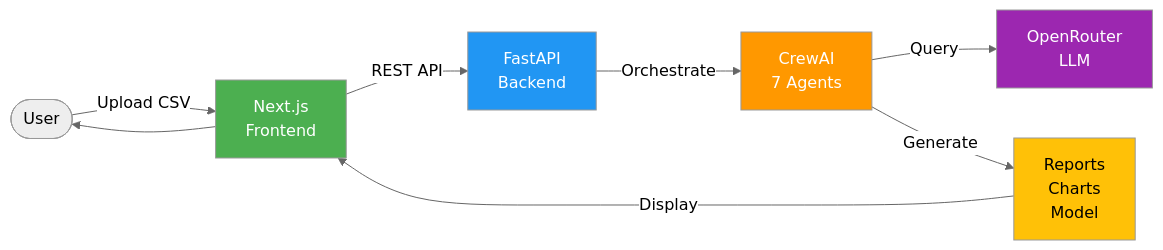
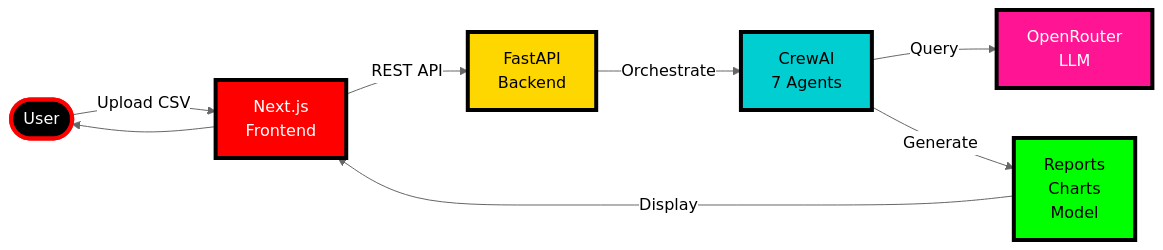
One commit to siddharth-narigra/crewai-eda-pipeline changed the first of 5 diagrams in diagram.md. Above: the diagram before and after it, drawn with Mermaid (neutral theme). The commit also changed other lines of this file, not shown here.

Commit message:
Details to the diagrams

````diff
--- a/diagram.md
+++ b/diagram.md
@@ -5,16 +5,17 @@
 ```mermaid
 flowchart LR
     User([User]) -->|Upload CSV| Frontend[Next.js<br/>Frontend]
     Frontend -->|REST API| Backend[FastAPI<br/>Backend]
     Backend -->|Orchestrate| Crew[CrewAI<br/>7 Agents]
     Crew -->|Query| LLM[OpenRouter<br/>LLM]
     Crew -->|Generate| Output[Reports<br/>Charts<br/>Model]
     Output -->|Display| Frontend
     Frontend --> User
     
-    style Frontend fill:#4CAF50,color:#fff
-    style Backend fill:#2196F3,color:#fff
-    style Crew fill:#FF9800,color:#fff
-    style LLM fill:#9C27B0,color:#fff
-    style Output fill:#FFC107
+    style User fill:#000,stroke:#FF0000,stroke-width:4px,color:#fff
+    style Frontend fill:#FF0000,stroke:#000,stroke-width:4px,color:#fff
+    style Backend fill:#FFD700,stroke:#000,stroke-width:4px,color:#000
+    style Crew fill:#00CED1,stroke:#000,stroke-width:4px,color:#000
+    style LLM fill:#FF1493,stroke:#000,stroke-width:4px,color:#fff
+    style Output fill:#00FF00,stroke:#000,stroke-width:4px,color:#000
 ```
````
